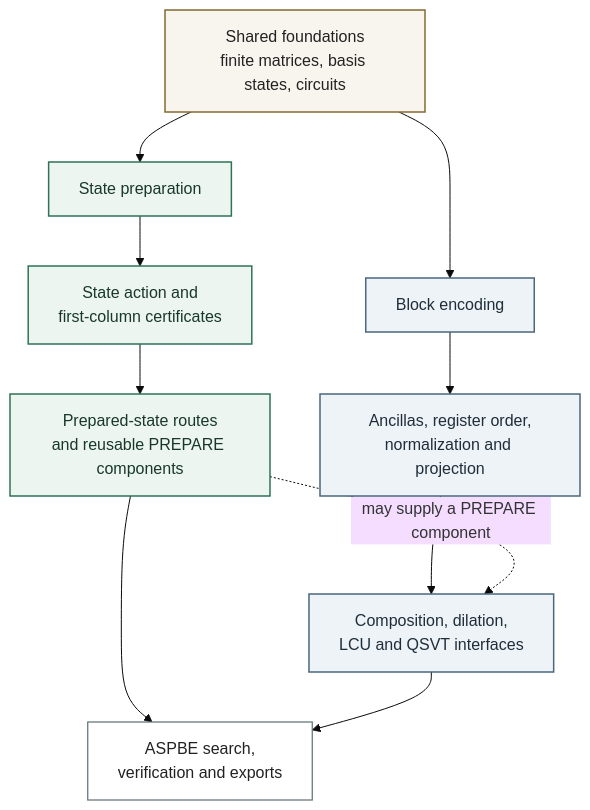
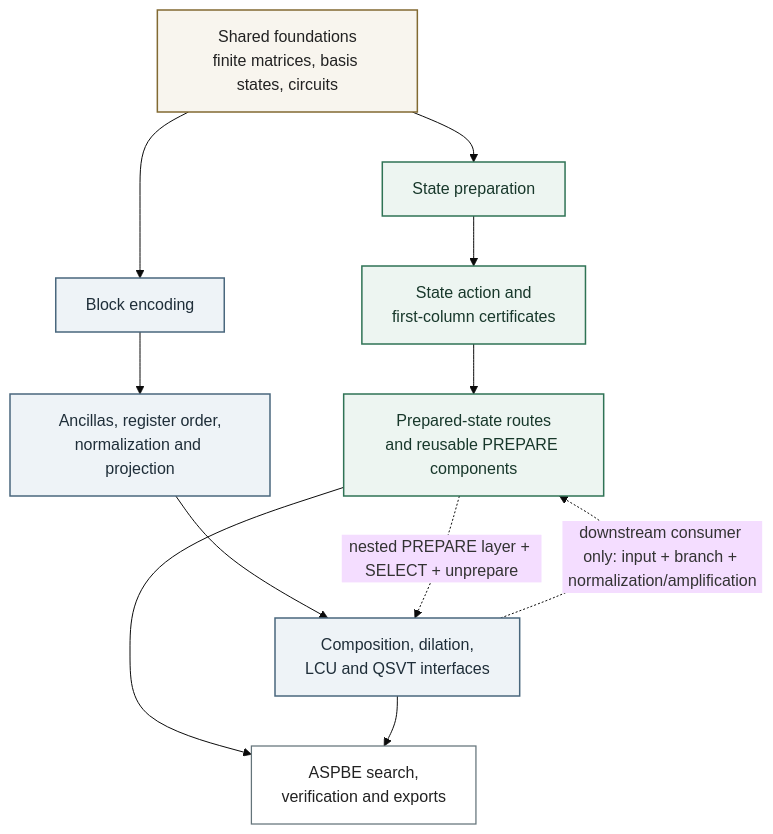
One commit to DakeBU/Quantum-Computing-Block-Encoding changed the diagram in website/diagrams/learning-path.mmd. Above: the diagram before and after it, drawn with Mermaid (base theme). The commit also changed 12 other files, not shown here.

First line of the commit message:
Reorganize QuantumComputinglib roadmap and refine Vandaele formalization

```diff
--- a/website/diagrams/learning-path.mmd
+++ b/website/diagrams/learning-path.mmd
@@ -1,23 +1,24 @@
 flowchart TB
   F["Shared foundations<br/>finite matrices, basis states, circuits"]
 
   F --> S1["State preparation"]
   S1 --> S2["State action and<br/>first-column certificates"]
   S2 --> S3["Prepared-state routes<br/>and reusable PREPARE components"]
 
   F --> B1["Block encoding"]
   B1 --> B2["Ancillas, register order,<br/>normalization and projection"]
   B2 --> B3["Composition, dilation,<br/>LCU and QSVT interfaces"]
 
-  S3 -. "may supply a PREPARE component" .-> B3
+  S3 -. "nested PREPARE layer + SELECT + unprepare" .-> B3
+  B3 -. "downstream consumer only: input + branch + normalization/amplification" .-> S3
   S3 --> H["ASPBE search,<br/>verification and exports"]
   B3 --> H
 
   classDef shared fill:#f8f5ee,stroke:#826a32,color:#222222,stroke-width:1.5px;
   classDef state fill:#edf5f1,stroke:#2f7355,color:#18382b,stroke-width:1.5px;
   classDef block fill:#eef3f7,stroke:#49677d,color:#1f2e39,stroke-width:1.5px;
   classDef system fill:#ffffff,stroke:#64747a,color:#222222,stroke-width:1.25px;
   class F shared;
   class S1,S2,S3 state;
   class B1,B2,B3 block;
   class H system;
```
